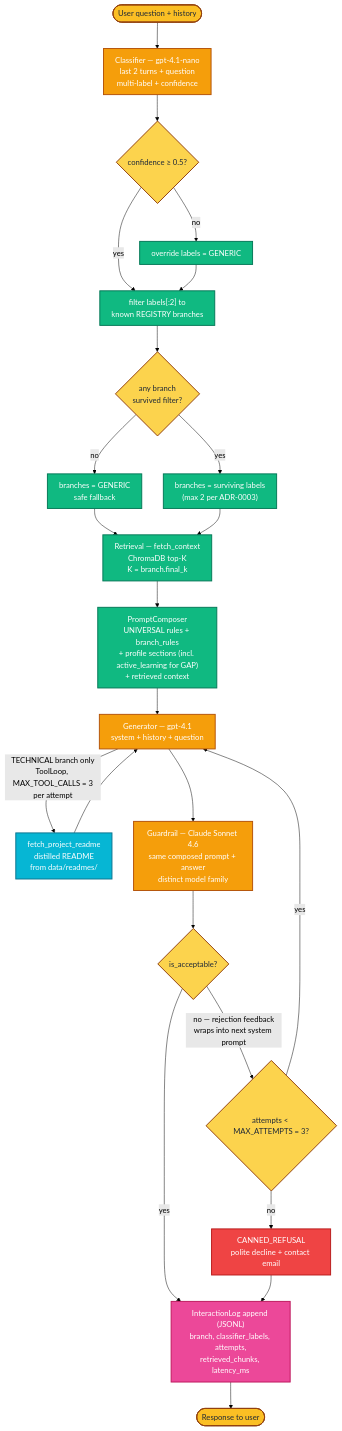
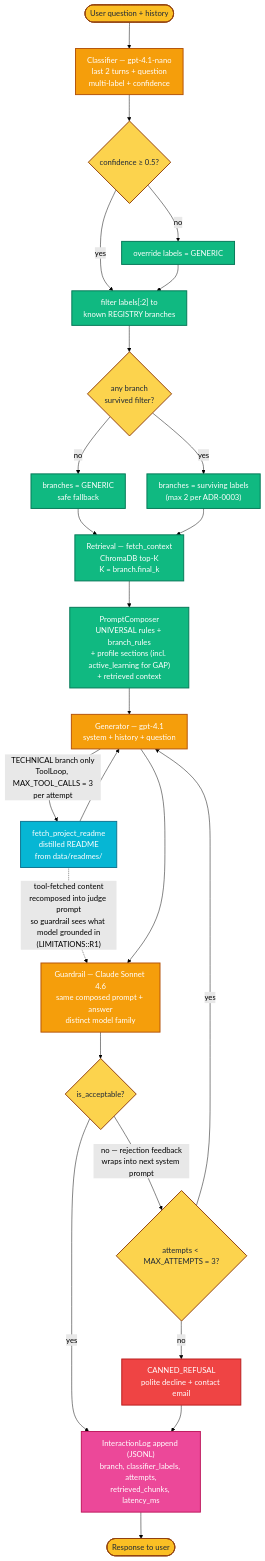
Before and after one commit to AlejandroFuentePinero/digital-twin: the first of 2 diagrams in docs/MAP.md, drawn with Mermaid (forest theme). The commit also changed other lines of this file and 4 other files, not shown here.

````diff
--- a/docs/MAP.md
+++ b/docs/MAP.md
@@ -13,46 +13,47 @@
 ```mermaid
 %%{init: {'flowchart': {'nodeSpacing': 45, 'rankSpacing': 55, 'curve': 'basis', 'padding': 12}}}%%
 %% Hand-editable runtime pipeline diagram for the Digital Twin.
 %% Edit this file whenever pipeline behaviour changes — new branch, new tool,
 %% new decision point, retry policy change, new log field. After editing run:
 %%   uv run python src/system_map.py
 %% to regenerate docs/MAP.md and docs/MAP.html (both this diagram and the
 %% auto-generated module graph).
 %% Colour conventions: orange = LLM call, green = pure transform,
 %% yellow = decision, pink = side effect, red = canned refusal,
 %% cyan = model-callable tool (TECHNICAL branch),
 %% dashed grey = future / not yet wired.
 flowchart TD
   classDef io fill:#fbbf24,stroke:#92400e,color:#1f2937,stroke-width:2px
   classDef llm fill:#f59e0b,stroke:#b45309,color:#ffffff,stroke-width:2px
   classDef decision fill:#fcd34d,stroke:#92400e,color:#1f2937,stroke-width:2px
   classDef pure fill:#10b981,stroke:#047857,color:#ffffff,stroke-width:2px
   classDef sideEffect fill:#ec4899,stroke:#be185d,color:#ffffff,stroke-width:2px
   classDef refusal fill:#ef4444,stroke:#b91c1c,color:#ffffff,stroke-width:2px
   classDef tool fill:#06b6d4,stroke:#0e7490,color:#ffffff,stroke-width:2px
   classDef future fill:#cbd5e1,stroke:#64748b,color:#1f2937,stroke-width:2px,stroke-dasharray:5 4
 
   USER([User question + history]):::io
   USER --> CLASSIFY["Classifier — gpt-4.1-nano<br/>last 2 turns + question<br/>multi-label + confidence"]:::llm
   CLASSIFY --> CONF{"confidence &ge; 0.5?"}:::decision
   CONF -->|no| GENFALL["override labels = GENERIC"]:::pure
   CONF -->|yes| FILTER["filter labels[:2] to<br/>known REGISTRY branches"]:::pure
   GENFALL --> FILTER
   FILTER --> EMPTY{"any branch<br/>survived filter?"}:::decision
   EMPTY -->|no| GENFALL2["branches = GENERIC<br/>safe fallback"]:::pure
   EMPTY -->|yes| ROUTE["branches = surviving labels<br/>(max 2 per ADR-0003)"]:::pure
   GENFALL2 --> RETR
   ROUTE --> RETR["Retrieval — fetch_context<br/>ChromaDB top-K<br/>K = branch.final_k"]:::pure
   RETR --> COMP["PromptComposer<br/>UNIVERSAL rules + branch_rules<br/>+ profile sections (incl. active_learning for GAP)<br/>+ retrieved context"]:::pure
   COMP --> GEN["Generator — gpt-4.1<br/>system + history + question"]:::llm
   GEN -->|"TECHNICAL branch only<br/>ToolLoop, MAX_TOOL_CALLS = 3<br/>per attempt"| TOOL["fetch_project_readme<br/>distilled README<br/>from data/readmes/"]:::tool
   TOOL --> GEN
+  TOOL -.->|"tool-fetched content<br/>recomposed into judge prompt<br/>so guardrail sees what model grounded in<br/>(LIMITATIONS::R1)"| JUDGE
   GEN --> JUDGE["Guardrail — Claude Sonnet 4.6<br/>same composed prompt + answer<br/>distinct model family"]:::llm
   JUDGE --> ACCEPT{"is_acceptable?"}:::decision
   ACCEPT -->|yes| LOG["InteractionLog append (JSONL)<br/>branch, classifier_labels, attempts,<br/>retrieved_chunks, latency_ms"]:::sideEffect
   ACCEPT -->|"no — rejection feedback<br/>wraps into next system prompt"| RETRY{"attempts &lt; MAX_ATTEMPTS = 3?"}:::decision
   RETRY -->|yes| GEN
   RETRY -->|no| REFUSE["CANNED_REFUSAL<br/>polite decline + contact email"]:::refusal
   REFUSE --> LOG
   LOG --> RESP([Response to user]):::io
 ```
````
